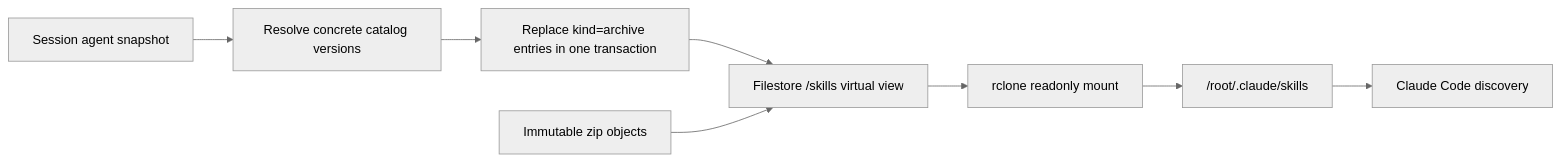
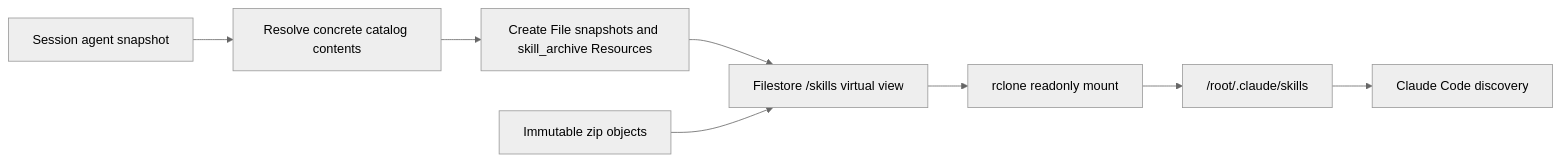
The diagram in docs/design/be/managed-agent-skills-runtime.md (Postroggy/open-managed-agents), drawn with Mermaid (neutral theme) before and after one commit. The commit also changed other lines of this file and 97 other files, not shown here.

First line of the commit message:
feat: unify session resources and files (#190)

````diff
--- a/docs/design/be/managed-agent-skills-runtime.md
+++ b/docs/design/be/managed-agent-skills-runtime.md
@@ -40,10 +41,10 @@
 ```mermaid
 flowchart LR
-    A["Session agent snapshot"] --> B["Resolve concrete catalog versions"]
-    B --> C["Replace kind=archive entries in one transaction"]
+    A["Session agent snapshot"] --> B["Resolve concrete catalog contents"]
+    B --> C["Create File snapshots and skill_archive Resources"]
     C --> D["Filestore /skills virtual view"]
     E["Immutable zip objects"] --> D
     D --> F["rclone readonly mount"]
     F --> G["/root/.claude/skills"]
     G --> H["Claude Code discovery"]
 ```
````
